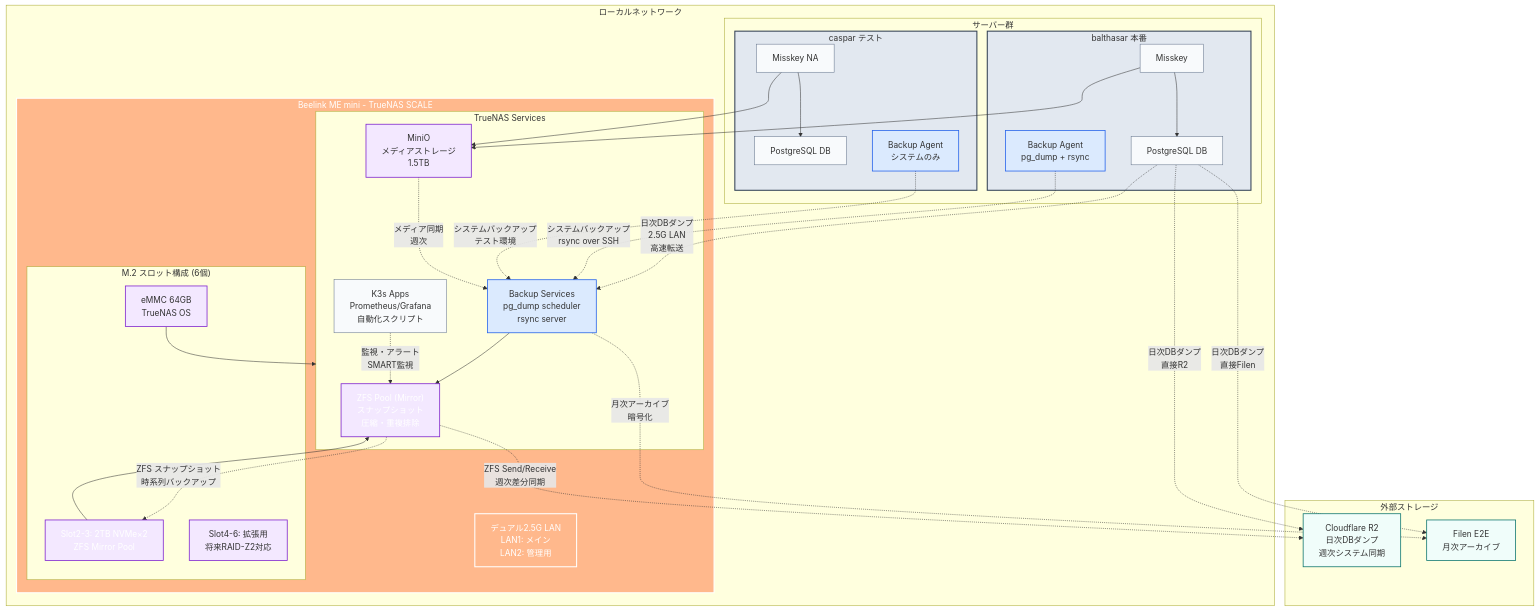
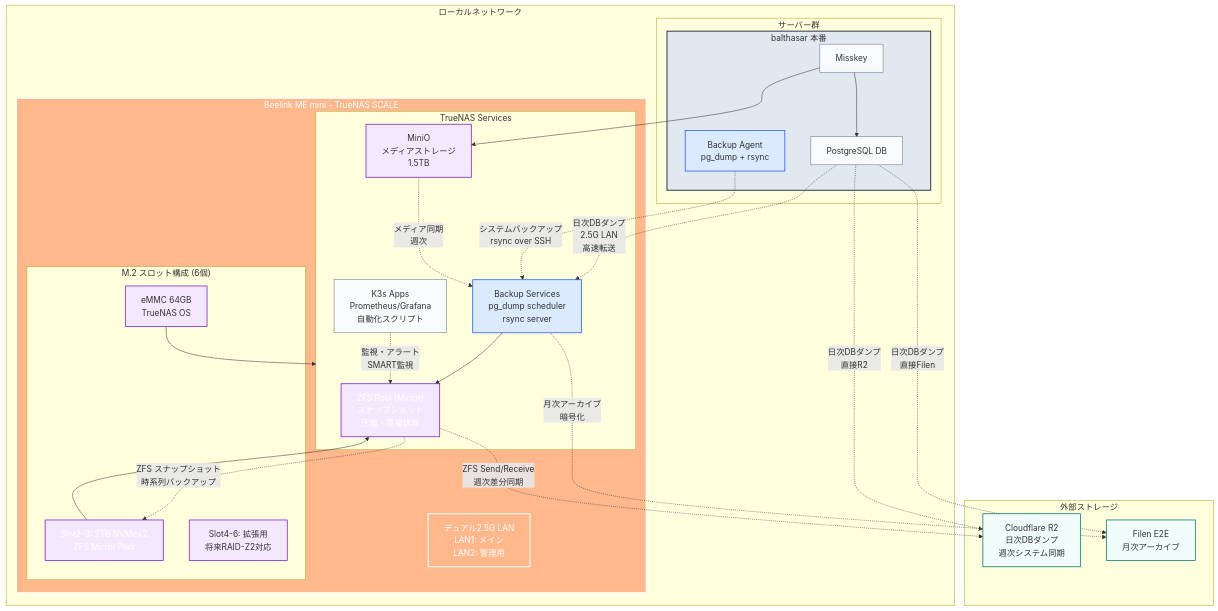
Before and after one commit to yamisskey-dev/hosted-list: the third of 4 diagrams in README.md, drawn with Mermaid.

````diff
--- a/README.md
+++ b/README.md
@@ -248,20 +248,12 @@
                 db1["PostgreSQL DB"]:::service
                 backup1["Backup Agent<br/>pg_dump + rsync"]:::backup
             end
-            
-            subgraph caspar["caspar テスト"]
-                misskey2["Misskey NA"]:::service
-                db2["PostgreSQL DB"]:::service
-                backup2["Backup Agent<br/>システムのみ"]:::backup
-            end
         end
     end
 
     %% Service connections
     misskey1 --> db1
-    misskey2 --> db2
     misskey1 --> minio
-    misskey2 --> minio
 
     %% DB Backup flows - 絶対死守 (4重バックアップ)
     db1 -.->|"日次DBダンプ<br/>2.5G LAN<br/>高速転送"| backup_svc
@@ -279,7 +271,6 @@
     
     %% System backup flows
     backup1 -.->|"システムバックアップ<br/>rsync over SSH"| backup_svc
-    backup2 -.->|"システムバックアップ<br/>テスト環境"| backup_svc
     minio -.->|"メディア同期<br/>週次"| backup_svc
     
     %% Coordination and monitoring
@@ -289,11 +280,12 @@
     backup_svc -.->|"月次アーカイブ<br/>暗号化"| filen
 
     %% Apply styles
-    class balthasar,caspar server
+    class balthasar server
     class beelink_nas beelink
-    class misskey1,misskey2,db1,db2,k3s_apps service
-    class backup_svc,backup1,backup2 backup
+    class misskey1,db1,k3s_apps service
+    class backup_svc,backup1 backup
     class r2,filen cloud
     class minio,slot456,slot23,zfs_pool storage
     class emmc storage
+
 ```
````
